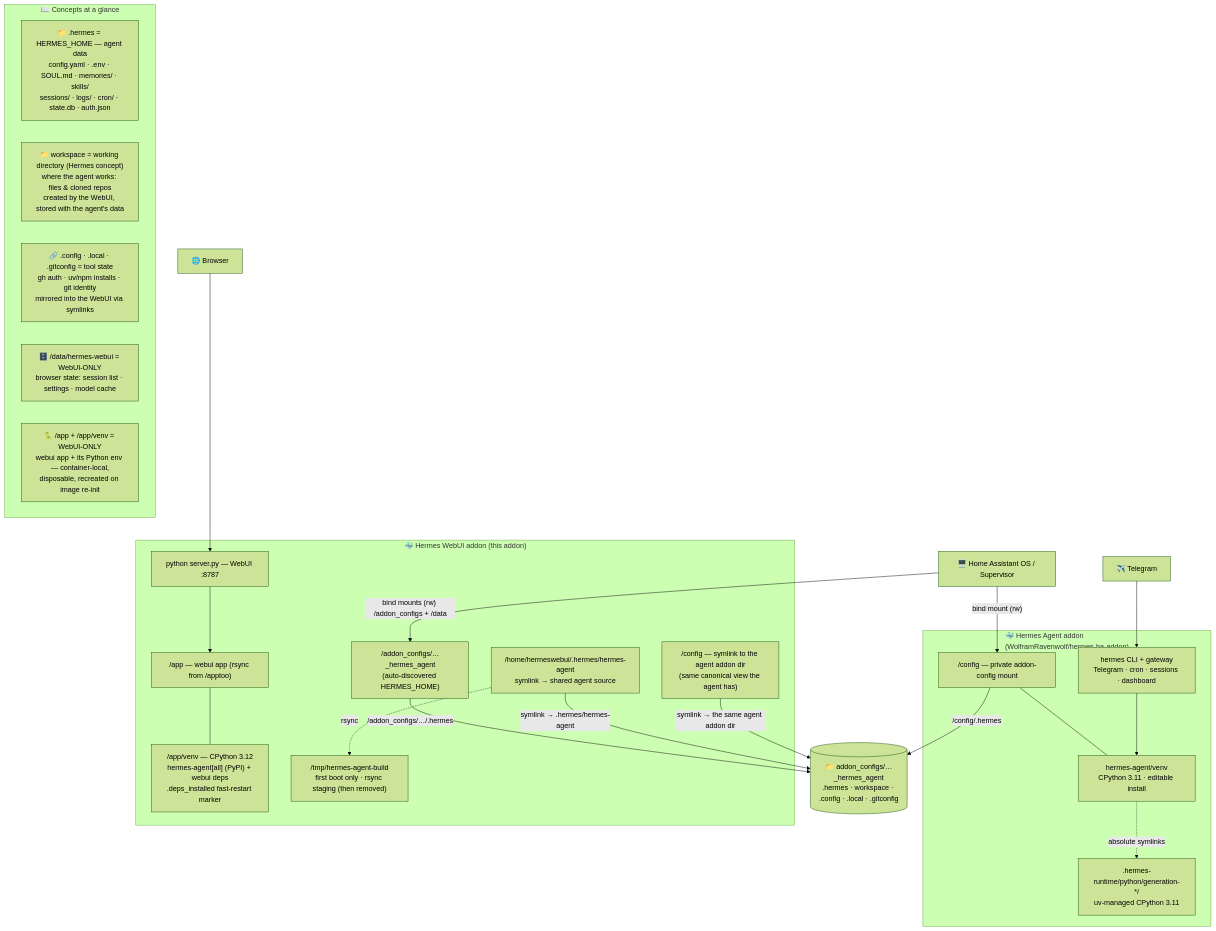
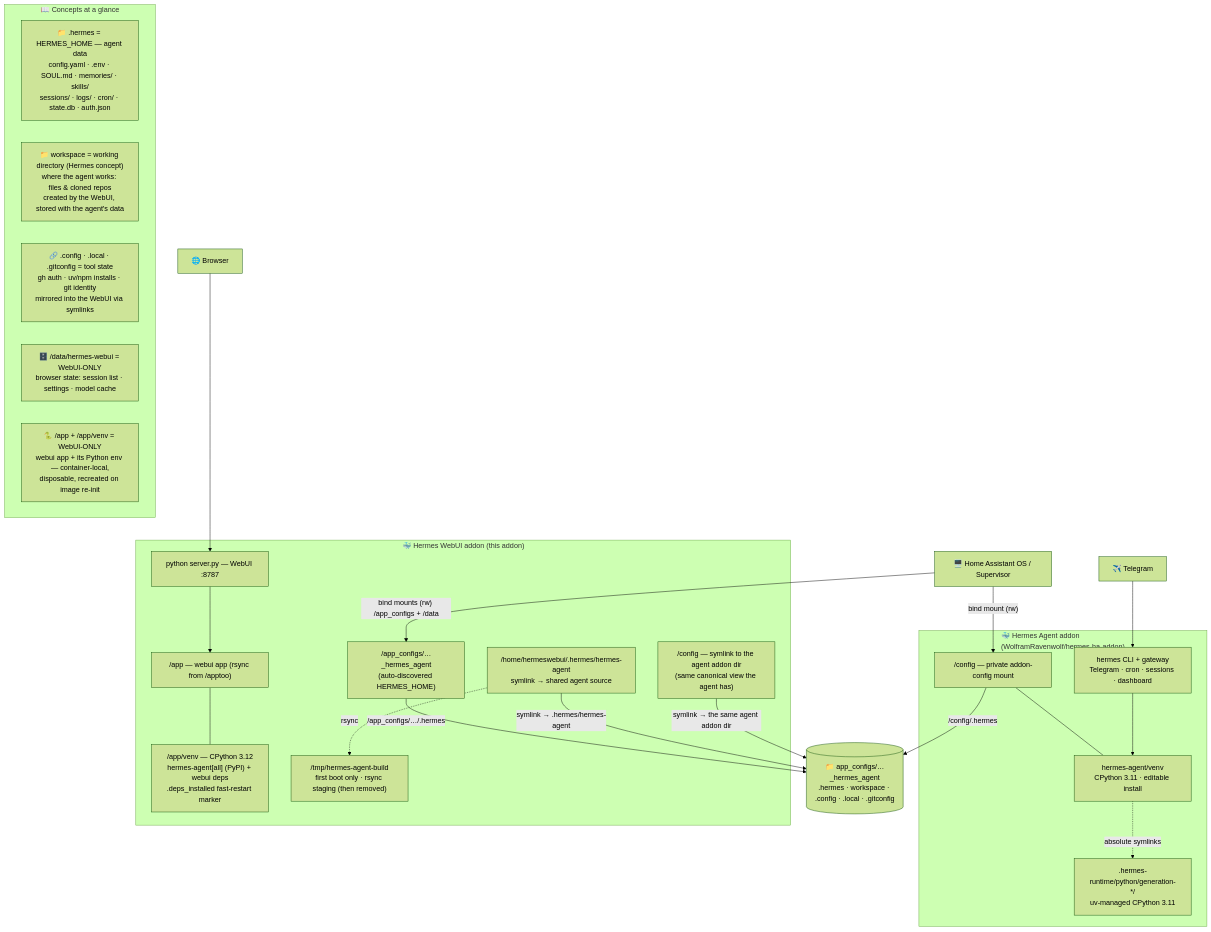
Before and after one commit to AmineDjeghri/ha-addons: the diagram in addons/hermes-webui/README.md, drawn with Mermaid (forest theme). The commit also changed other lines of this file and 1 other file, not shown here.

Commit message:
fix(hermes-webui): probe both /app_configs and /addon_configs (#50)

````diff
--- a/addons/hermes-webui/README.md
+++ b/addons/hermes-webui/README.md
@@ -35,45 +35,45 @@
 ```mermaid
 flowchart TD
     HA["🖥️ Home Assistant OS / Supervisor"]
     BROWSER["🌐 Browser"] --> WEBUI_SRV
     TG["✈️ Telegram"] --> AGENT_PROC
-    SHARED[("📁 addon_configs/…_hermes_agent<br/>.hermes · workspace · .config · .local · .gitconfig")]
+    SHARED[("📁 app_configs/…_hermes_agent<br/>.hermes · workspace · .config · .local · .gitconfig")]
 
     subgraph AGENT["🐳 Hermes Agent addon<br/>(WolframRavenwolf/hermes-ha-addon)"]
         A_HOME["/config — private addon-config mount"]
         A_VENV["hermes-agent/venv<br/>CPython 3.11 · editable install"]
         A_RUNTIME[".hermes-runtime/python/generation-*/<br/>uv-managed CPython 3.11"]
         AGENT_PROC["hermes CLI + gateway<br/>Telegram · cron · sessions · dashboard"]
         A_HOME --- A_VENV
         A_VENV -. absolute symlinks .-> A_RUNTIME
         AGENT_PROC --> A_VENV
     end
 
     subgraph WEBUI["🐳 Hermes WebUI addon (this addon)"]
-        W_HOME["/addon_configs/…_hermes_agent<br/>(auto-discovered HERMES_HOME)"]
+        W_HOME["/app_configs/…_hermes_agent<br/>(auto-discovered HERMES_HOME)"]
         W_APP["/app — webui app (rsync from /apptoo)"]
         W_VENV["/app/venv — CPython 3.12<br/>hermes-agent[all] (PyPI) + webui deps<br/>.deps_installed fast-restart marker"]
         W_SRC["/home/hermeswebui/.hermes/hermes-agent<br/>symlink → shared agent source"]
         W_ALIAS["/config — symlink to the agent addon dir<br/>(same canonical view the agent has)"]
         W_TMP["/tmp/hermes-agent-build<br/>first boot only · rsync staging (then removed)"]
         WEBUI_SRV["python server.py — WebUI :8787"]
         W_APP --- W_VENV
         WEBUI_SRV --> W_APP
         W_SRC -. rsync .-> W_TMP
     end
 
     HA -- "bind mount (rw)" --> A_HOME
-    HA -- "bind mounts (rw) /addon_configs + /data" --> W_HOME
+    HA -- "bind mounts (rw) /app_configs + /data" --> W_HOME
     A_HOME -- "/config/.hermes" --> SHARED
-    W_HOME -- "/addon_configs/…/.hermes" --> SHARED
+    W_HOME -- "/app_configs/…/.hermes" --> SHARED
     W_SRC -- "symlink → .hermes/hermes-agent" --> SHARED
     W_ALIAS -- "symlink → the same agent addon dir" --> SHARED
 
     subgraph LEGEND["📖 Concepts at a glance"]
         L1["📁 .hermes = HERMES_HOME — agent data<br/>config.yaml · .env · SOUL.md · memories/ · skills/<br/>sessions/ · logs/ · cron/ · state.db · auth.json"]
         L2["📁 workspace = working directory (Hermes concept)<br/>where the agent works: files & cloned repos<br/>created by the WebUI, stored with the agent's data"]
         L3["🔗 .config · .local · .gitconfig = tool state<br/>gh auth · uv/npm installs · git identity<br/>mirrored into the WebUI via symlinks"]
         L4["🗄️ /data/hermes-webui = WebUI-ONLY<br/>browser state: session list · settings · model cache"]
         L5["🐍 /app + /app/venv = WebUI-ONLY<br/>webui app + its Python env — container-local,<br/>disposable, recreated on image re-init"]
     end
 ```
````
